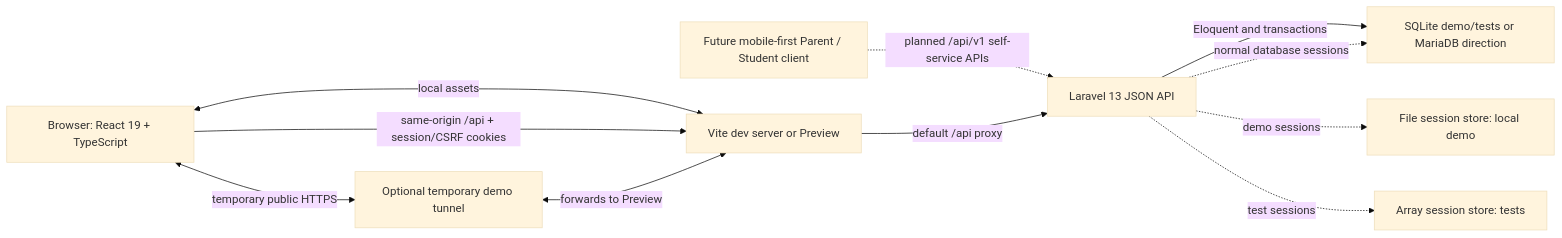
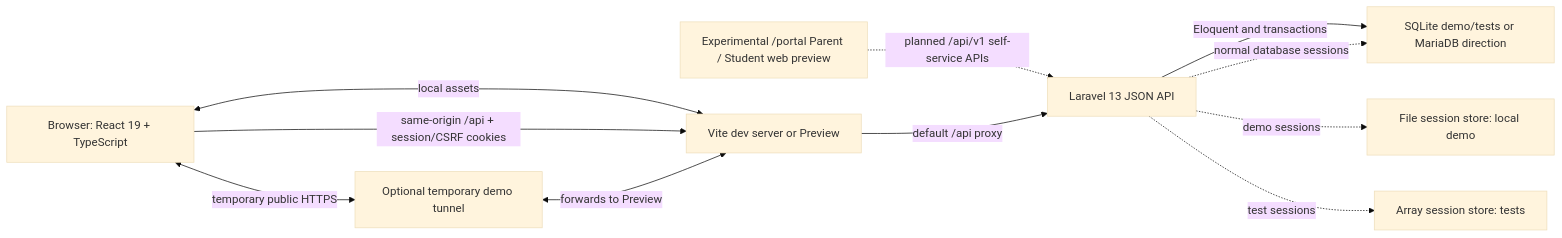
The diagram in docs/architecture.md (Kaikaiyng/Matahari), drawn with Mermaid (base theme) before and after one commit. The commit also changed other lines of this file and 10 other files, not shown here.

````diff
--- a/docs/architecture.md
+++ b/docs/architecture.md
@@ -9,22 +9,22 @@
 ```mermaid
 flowchart LR
     Browser["Browser: React 19 + TypeScript"]
-    Mobile["Future mobile-first Parent / Student client"]
+    Mobile["Experimental /portal Parent / Student web preview"]
     Vite["Vite dev server or Preview"]
     API["Laravel 13 JSON API"]
     DB["SQLite demo/tests or MariaDB direction"]
     Files["File session store: local demo"]
     Memory["Array session store: tests"]
     Tunnel["Optional temporary demo tunnel"]
 
     Browser <-->|"local assets"| Vite
     Mobile -.->|"planned /api/v1 self-service APIs"| API
     Browser -->|"same-origin /api + session/CSRF cookies"| Vite
     Browser <-->|"temporary public HTTPS"| Tunnel
     Tunnel <-->|"forwards to Preview"| Vite
     Vite -->|"default /api proxy"| API
     API -->|"Eloquent and transactions"| DB
     API -.->|"normal database sessions"| DB
     API -.->|"demo sessions"| Files
     API -.->|"test sessions"| Memory
 ```
````
